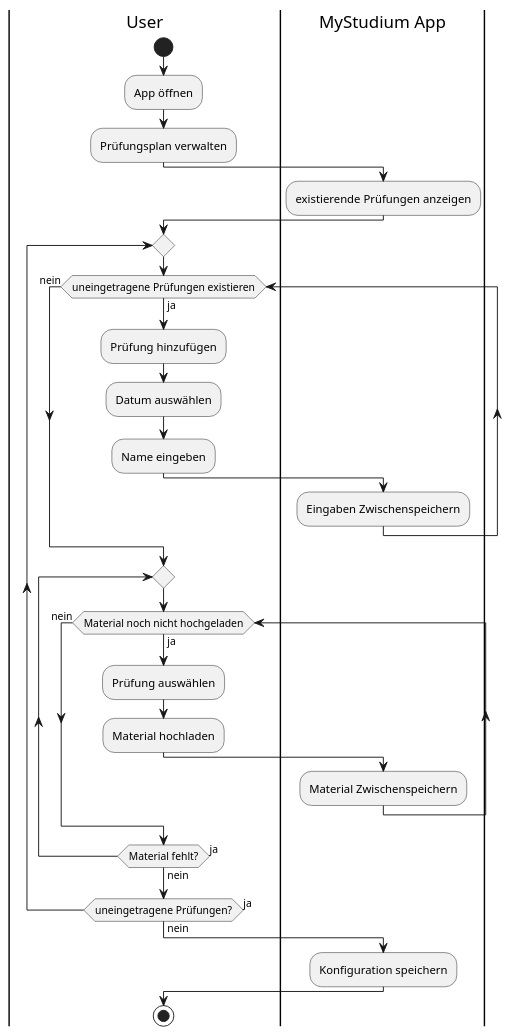
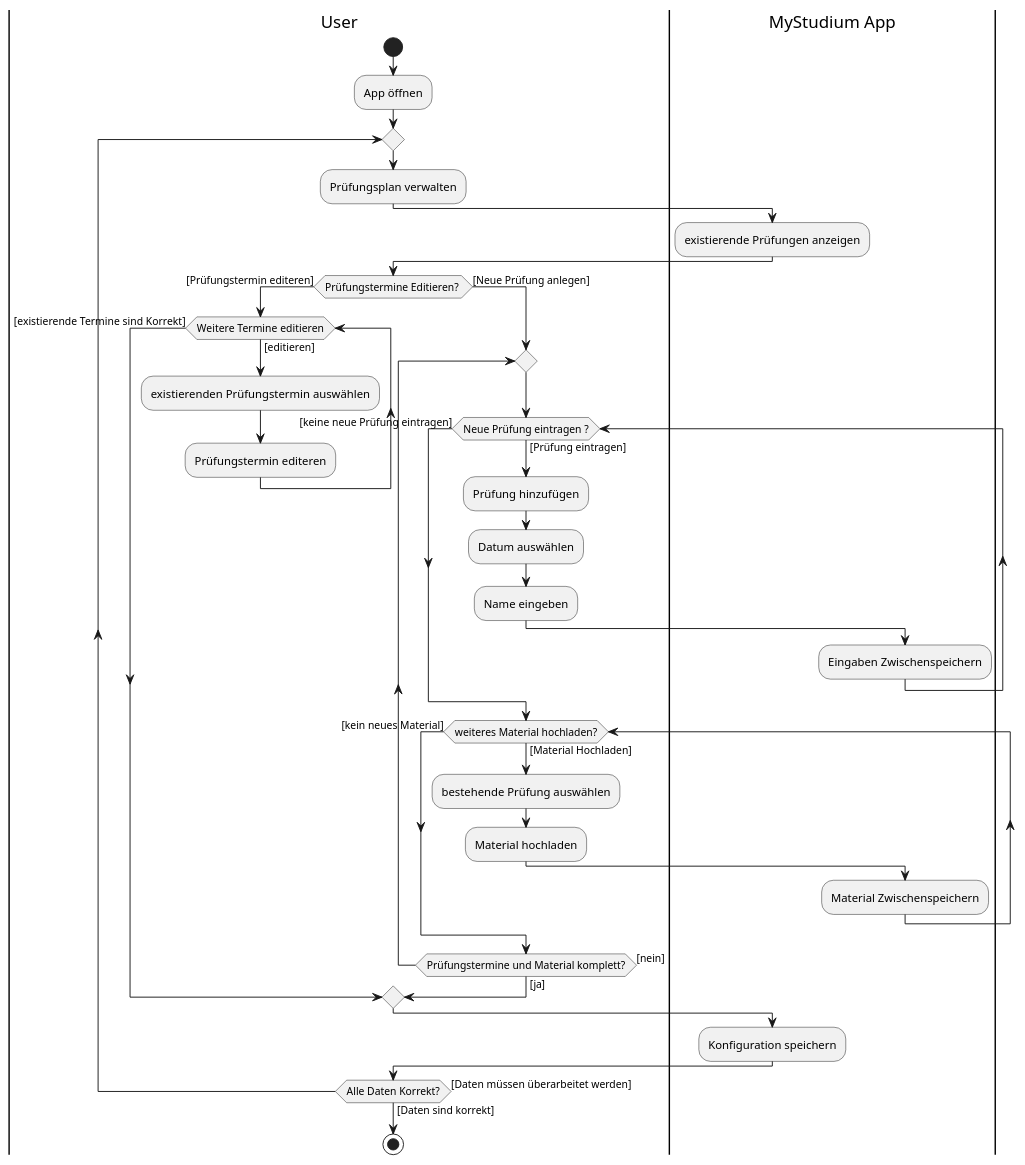
Before and after one commit to BjoernMalzacher/MyStudium_SWE_Labor: the diagram in PLant uml digramme/Prüfungen_planen_uml.puml, drawn with PlantUML. The commit also changed 9 other files, not shown here.

```diff
--- a/PLant uml digramme/Prüfungen_planen_uml.puml
+++ b/PLant uml digramme/Prüfungen_planen_uml.puml
@@ -1,47 +1,58 @@
 @startuml Prüfungen planen
 
 ' Only greyscale
 skinparam monochrome true
 ' Disable shadows
 skinparam shadowing false
 
 |User|
 start
 :App öffnen;
-:Prüfungsplan verwalten;
-|MyStudium App|
-:existierende Prüfungen anzeigen;    
-|User|
-label repeat
 repeat
+    :Prüfungsplan verwalten;
+    |MyStudium App|
+    :existierende Prüfungen anzeigen;
+    |User|
+    if(Prüfungstermine Editieren? ) then( [Prüfungstermin editeren])
+        while(Weitere Termine editieren) is ([editieren])
+        :existierenden Prüfungstermin auswählen;
+        :Prüfungstermin editeren;
+        endwhile([existierende Termine sind Korrekt])
 
-while(uneingetragene Prüfungen existieren) is (ja)
-    :Prüfung hinzufügen;
-    :Datum auswählen;
-    :Name eingeben;
+    else ([Neue Prüfung anlegen])
+
+        |User|
+        label repeat
+        repeat
+
+            while(Neue Prüfung eintragen ?) is ([Prüfung eintragen])
+                :Prüfung hinzufügen;
+                :Datum auswählen;
+                :Name eingeben;
+                |MyStudium App|
+                :Eingaben Zwischenspeichern;
+                |User|
+            endwhile([keine neue Prüfung eintragen])
+
+            while(weiteres Material hochladen?) is ([Material Hochladen])
+                :bestehende Prüfung auswählen; 
+                :Material hochladen;
+                |MyStudium App|
+                :Material Zwischenspeichern;
+                |User|
+            endwhile([kein neues Material])
+
+        repeat while (Prüfungstermine und Material komplett?) is ([nein]) not ([ja])
+
+    endif
     |MyStudium App|
-    :Eingaben Zwischenspeichern;
+    :Konfiguration speichern;
     |User|
-endwhile(nein)
+repeat  while(Alle Daten Korrekt?) is ([Daten müssen überarbeitet werden]) not ([Daten sind korrekt])  
+   
 
-repeat
-
-while(Material noch nicht hochgeladen) is (ja)
-    :Prüfung auswählen; 
-    :Material hochladen;
-    |MyStudium App|
-    :Material Zwischenspeichern;
-    |User|
-endwhile(nein)
-
-repeat while (Material fehlt?) is (ja) not (nein)
-
-repeat while (uneingetragene Prüfungen?) is (ja) not (nein)
-|MyStudium App|
-:Konfiguration speichern;
-|User|
-stop
+    stop
 
 
 
 @enduml
```
